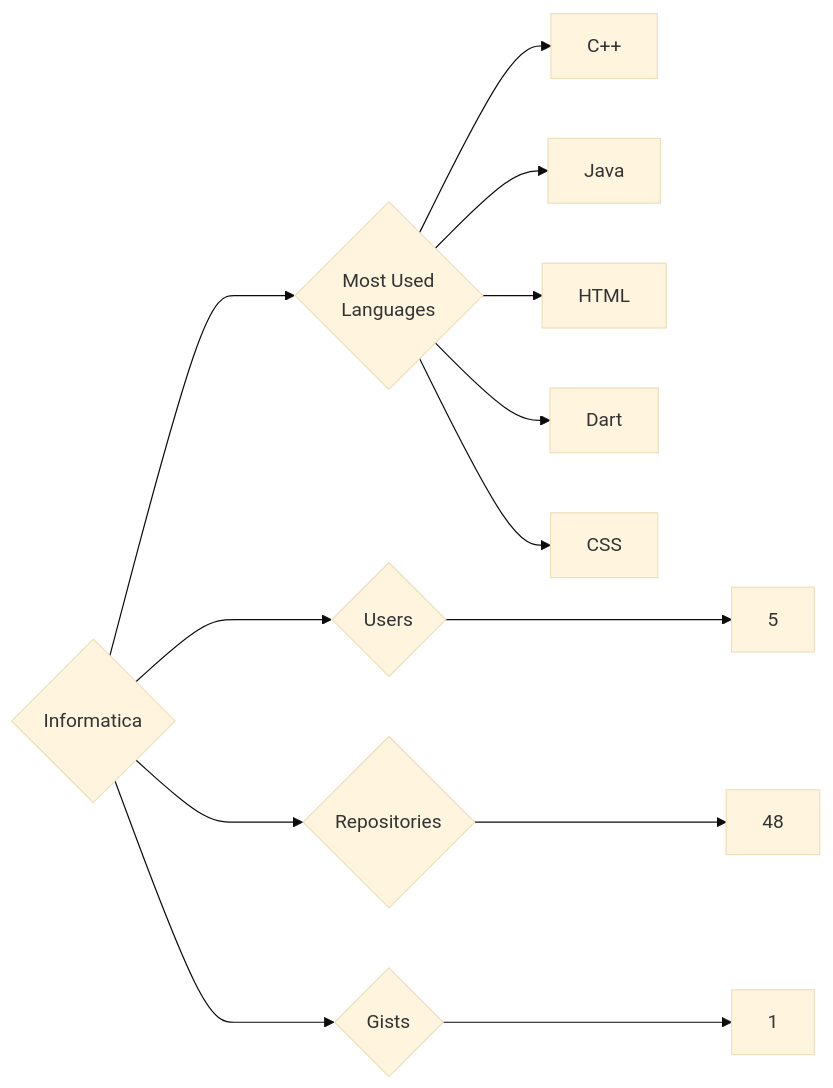
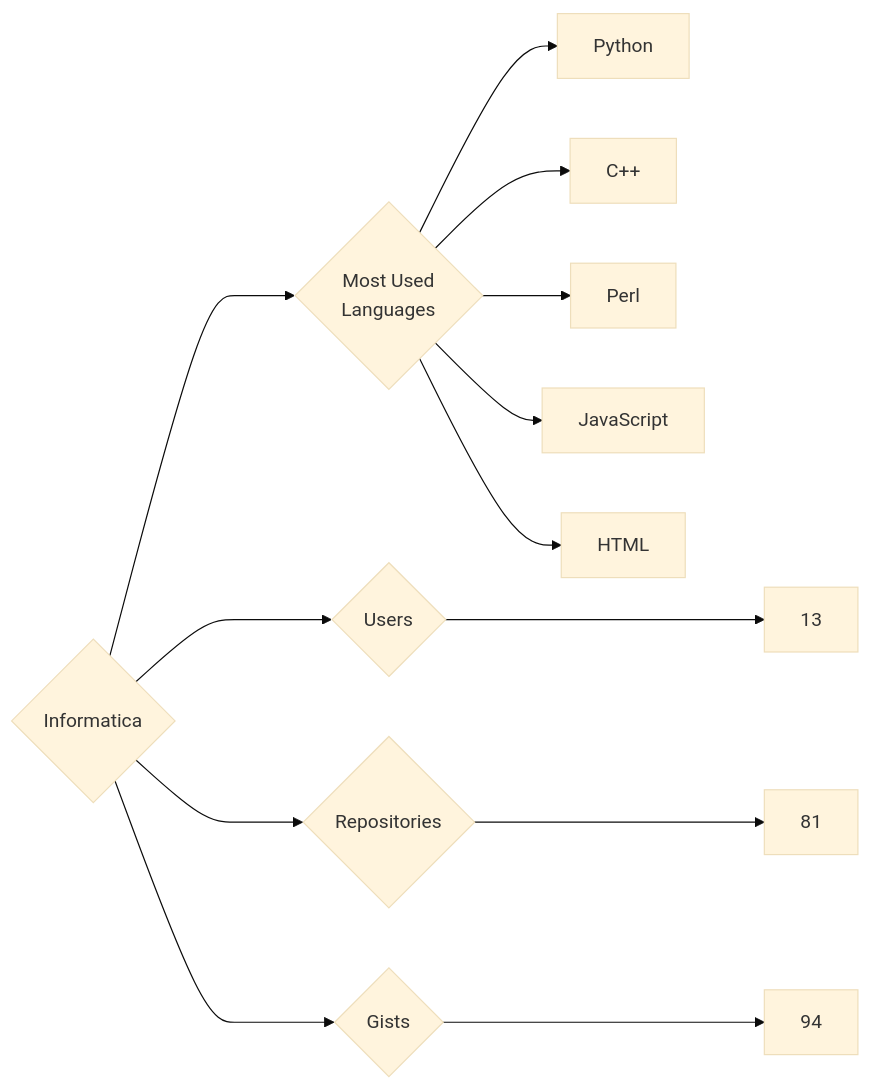
The diagram in targets/Informatica/README.md (trickest/insiders), drawn with Mermaid (base theme) before and after one commit. The commit also changed 1175 other files, not shown here.

````diff
--- a/targets/Informatica/README.md
+++ b/targets/Informatica/README.md
@@ -3,13 +3,13 @@
 ```mermaid
 graph LR
 COMPANY_NAME{Informatica}
-COMPANY_NAME ---> U{Users} ---> UN[5]
-COMPANY_NAME ---> R{Repositories} ---> RN[48]
-COMPANY_NAME ---> G{Gists} ---> GN[1]
+COMPANY_NAME ---> U{Users} ---> UN[13]
+COMPANY_NAME ---> R{Repositories} ---> RN[81]
+COMPANY_NAME ---> G{Gists} ---> GN[94]
 COMPANY_NAME ---> ML{Most Used<br>Languages}
+ML --> Python[Python]
 ML --> C++[C++]
-ML --> Java[Java]
+ML --> Perl[Perl]
+ML --> JavaScript[JavaScript]
 ML --> HTML[HTML]
-ML --> Dart[Dart]
-ML --> CSS[CSS]
 ```
````
